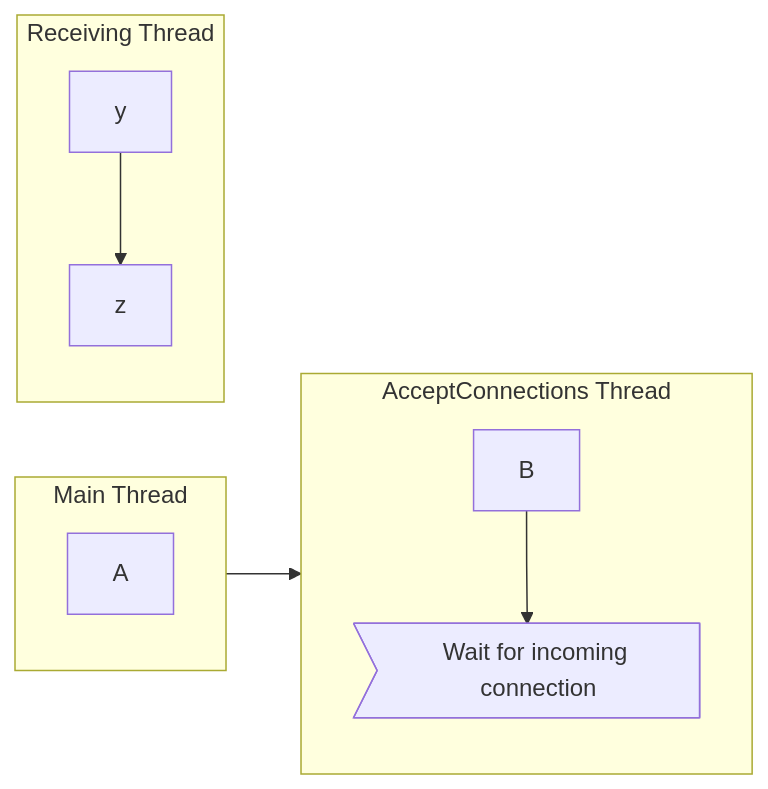
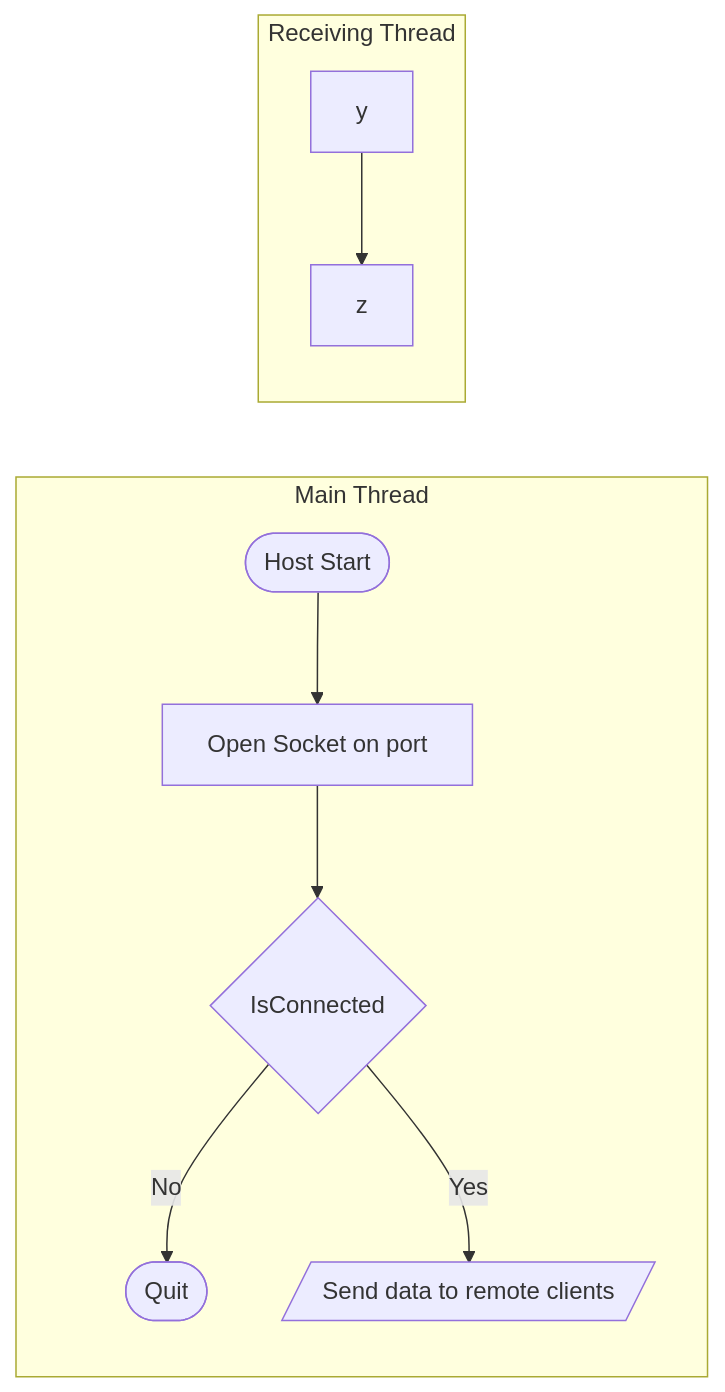
One commit to GMcMichael/ThornNetworking changed the diagram in README.md. Above: the diagram before and after it, drawn with Mermaid.

````diff
--- a/README.md
+++ b/README.md
@@ -1,15 +1,14 @@
 ```mermaid
 flowchart LR
-  subgraph acthread [AcceptConnections Thread]
-    direction TB
-    B-->F>Wait for incoming connection]
-  end
   subgraph mt [Main Thread]
     direction TB
-    A-->B
-  end
- subgraph rt [Receiving Thread]
-  direction TB
-  y-->z
- end
+    A([Host Start])-->B[Open Socket on port]
+    B-->C{IsConnected}
+    C-- No -->D([Quit])
+    C-- Yes -->E[/Send data to remote clients/]
+  end
+  subgraph rt [Receiving Thread]
+    direction TB
+    y-->z
+  end
 ```
````
